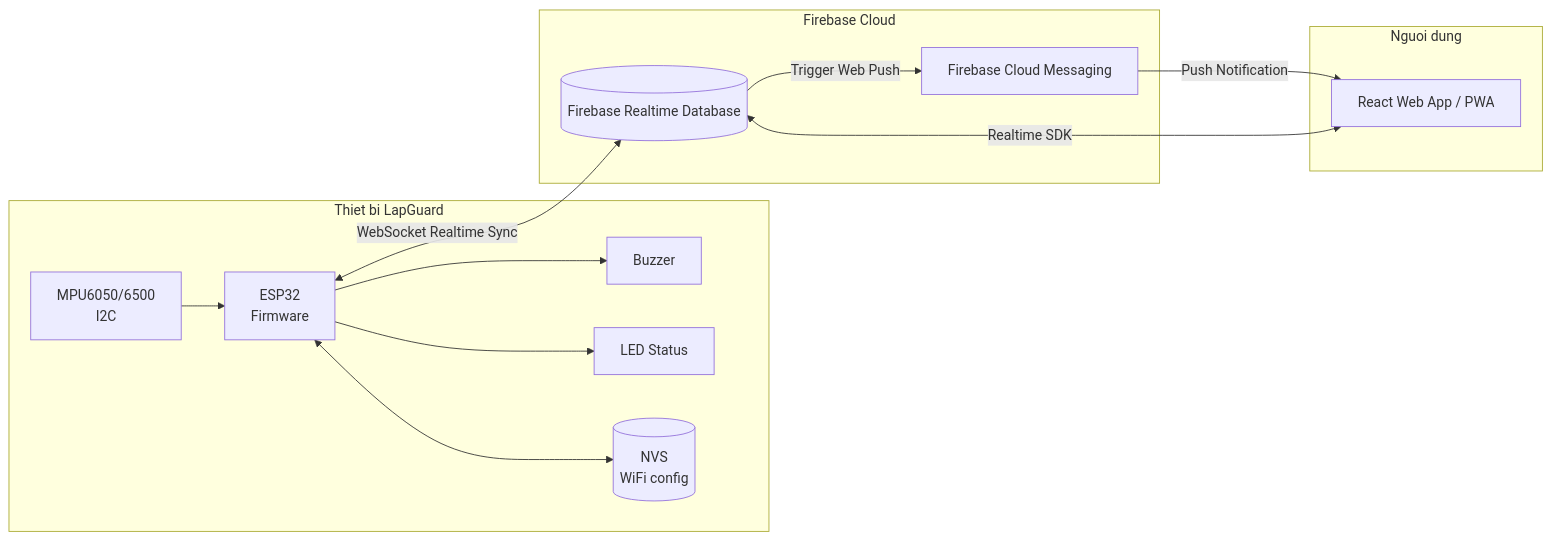
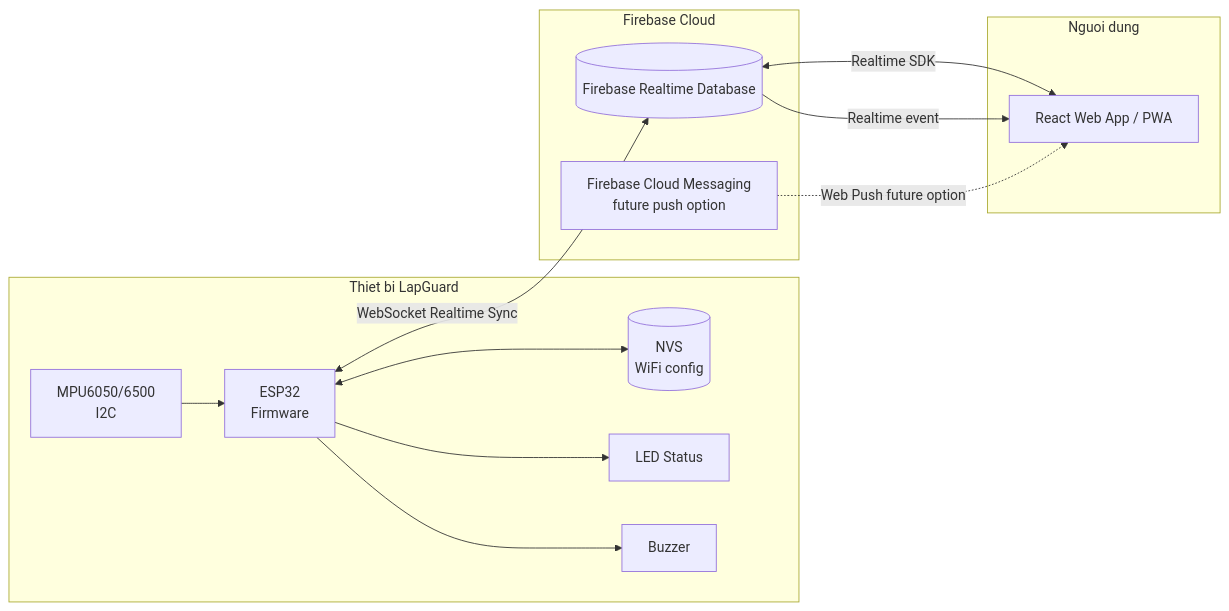
Before and after one commit to NHP234/AIoT: the second of 5 diagrams in docs/03-system-architecture.md, drawn with Mermaid. The commit also changed other lines of this file and 5 other files, not shown here.

Commit message:
docs: align Firebase architecture plan

````diff
--- a/docs/03-system-architecture.md
+++ b/docs/03-system-architecture.md
@@ -39,29 +39,29 @@
 ```mermaid
 flowchart LR
     subgraph Device[Thiet bi LapGuard]
         MPU[MPU6050/6500<br/>I2C]
         MCU[ESP32<br/>Firmware]
         BUZZ[Buzzer]
         LED[LED Status]
         NVS[(NVS<br/>WiFi config)]
 
         MPU --> MCU
         MCU --> BUZZ
         MCU --> LED
         MCU <--> NVS
     end
 
     subgraph Cloud[Firebase Cloud]
         FB[(Firebase Realtime Database)]
-        FCM[Firebase Cloud Messaging]
+        FCM[Firebase Cloud Messaging<br/>future push option]
     end
 
     subgraph User[Nguoi dung]
         APP[React Web App / PWA]
     end
 
     MCU <-->|WebSocket Realtime Sync| FB
     APP <-->|Realtime SDK| FB
-    FB -->|Trigger Web Push| FCM
-    FCM -->|Push Notification| APP
+    FB -->|Realtime event| APP
+    FCM -.->|Web Push future option| APP
 ```
````
